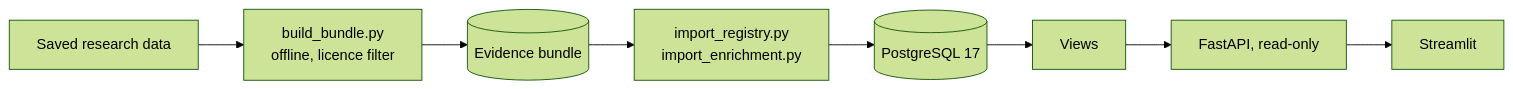
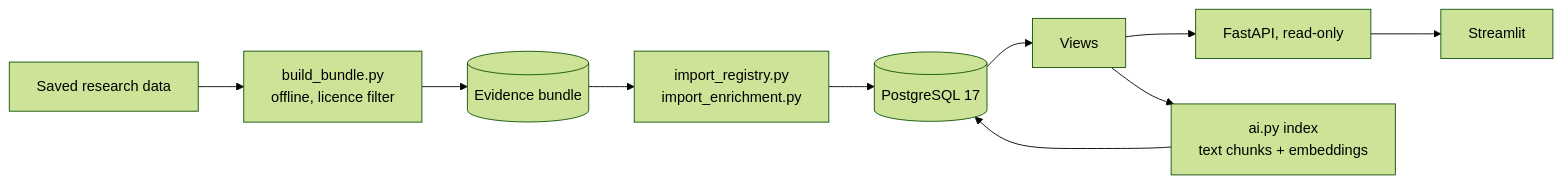
The second of 4 diagrams in docs/PROJECT_REPORT.md (vokebetu/MCP-Sentinel), drawn with Mermaid (forest theme) before and after one commit. The commit also changed other lines of this file and 1178 other files, not shown here.

````diff
--- a/docs/PROJECT_REPORT.md
+++ b/docs/PROJECT_REPORT.md
@@ -195,10 +201,12 @@
 ```mermaid
 flowchart LR
     A[Saved research data] --> B[build_bundle.py<br/>offline, licence filter]
     B --> C[(Evidence bundle)]
     C --> D[import_registry.py<br/>import_enrichment.py]
     D --> E[(PostgreSQL 17)]
     E --> F[Views]
     F --> G[FastAPI, read-only]
     G --> H[Streamlit]
+    F --> I[ai.py index<br/>text chunks + embeddings]
+    I --> E
 ```
````
